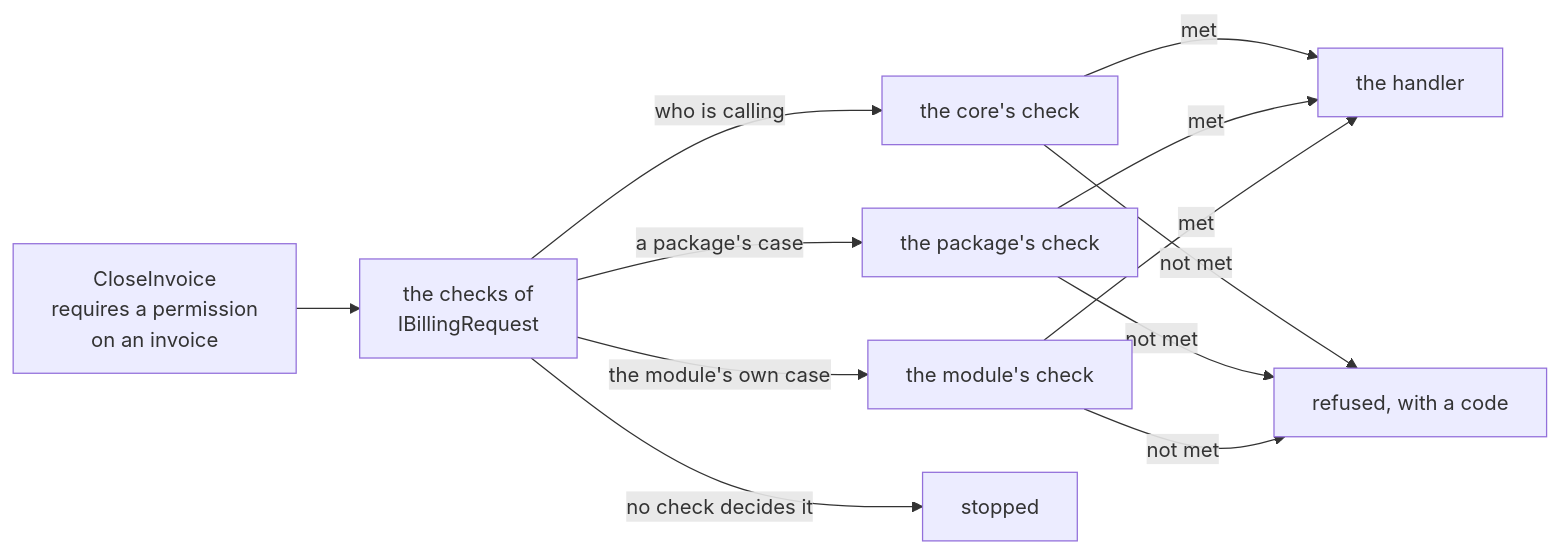
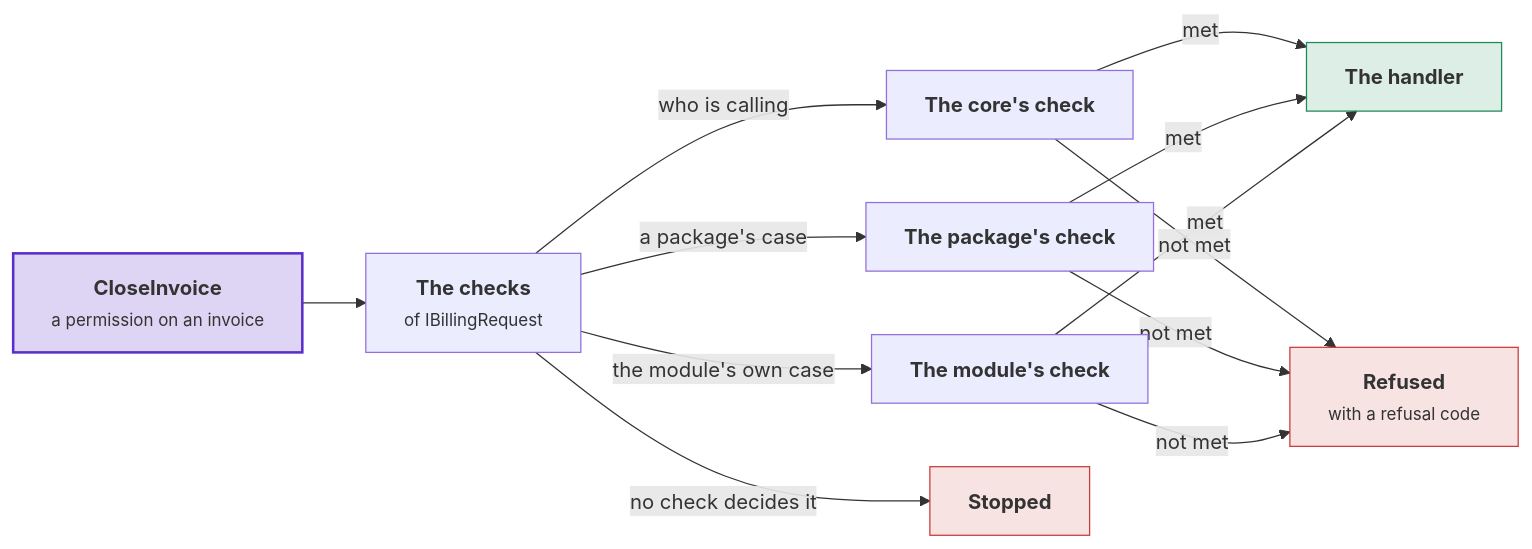
The ninth of 10 diagrams in docs/access-requirements.md (DylanSnel/DDDToolkit), drawn with Mermaid before and after one commit. The commit also changed other lines of this file and 41 other files, not shown here.

First line of the commit message:
Docs: plain prose, one word per concept, and readable diagrams on every page

````diff
--- a/docs/access-requirements.md
+++ b/docs/access-requirements.md
@@ -1114,14 +1269,20 @@
 ```mermaid
 flowchart LR
-    Request["CloseInvoice<br/>requires a permission<br/>on an invoice"] --> Checks["the checks of<br/>IBillingRequest"]
-    Checks -- "who is calling" --> Core["the core's check"]
-    Checks -- "a package's case" --> Package["the package's check"]
-    Checks -- "the module's own case" --> Own["the module's check"]
-    Checks -- "no check decides it" --> Stopped["stopped"]
-    Core -- "met" --> Handler["the handler"]
+    Request["<b>CloseInvoice</b><br/><small>a permission on an invoice</small>"] --> Checks["<b>The checks</b><br/><small>of IBillingRequest</small>"]
+    Checks -- "who is calling" --> Core["<b>The core's check</b>"]
+    Checks -- "a package's case" --> Package["<b>The package's check</b>"]
+    Checks -- "the module's own case" --> Own["<b>The module's check</b>"]
+    Checks -- "no check decides it" --> Stopped["<b>Stopped</b>"]
+    Core -- "met" --> Handler["<b>The handler</b>"]
     Package -- "met" --> Handler
     Own -- "met" --> Handler
-    Core -- "not met" --> Refused["refused, with a code"]
+    Core -- "not met" --> Refused["<b>Refused</b><br/><small>with a refusal code</small>"]
     Package -- "not met" --> Refused
     Own -- "not met" --> Refused
+    classDef strong fill:#5b2ec933,stroke:#5b2ec9,stroke-width:2px
+    classDef good fill:#1f8a5b26,stroke:#1f8a5b
+    classDef bad fill:#c93c3c24,stroke:#c93c3c
+    class Request strong
+    class Handler good
+    class Stopped,Refused bad
 ```
````
